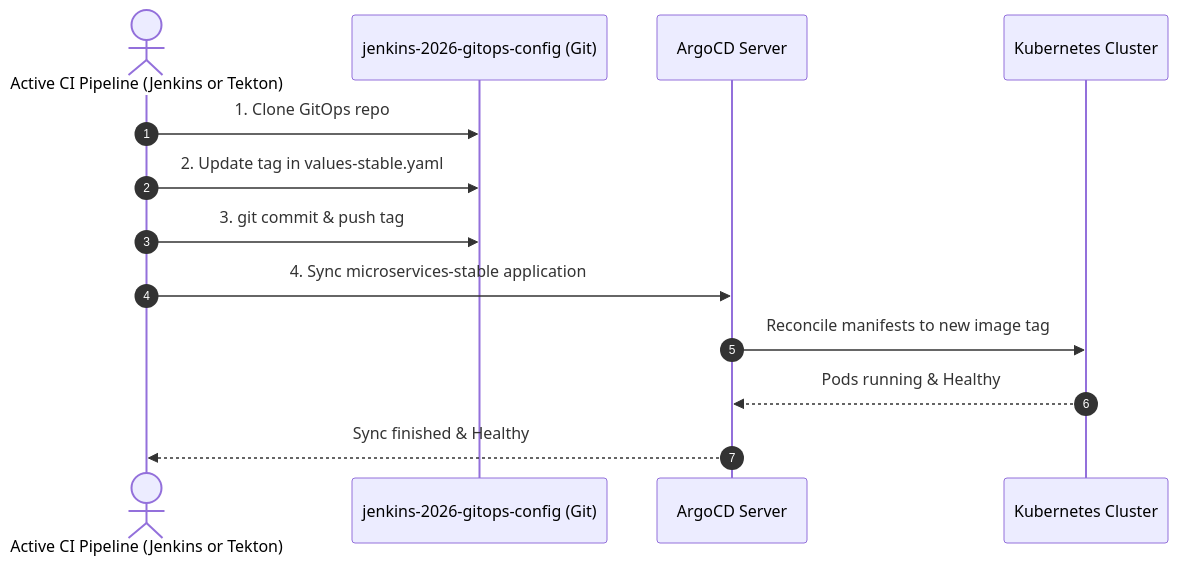
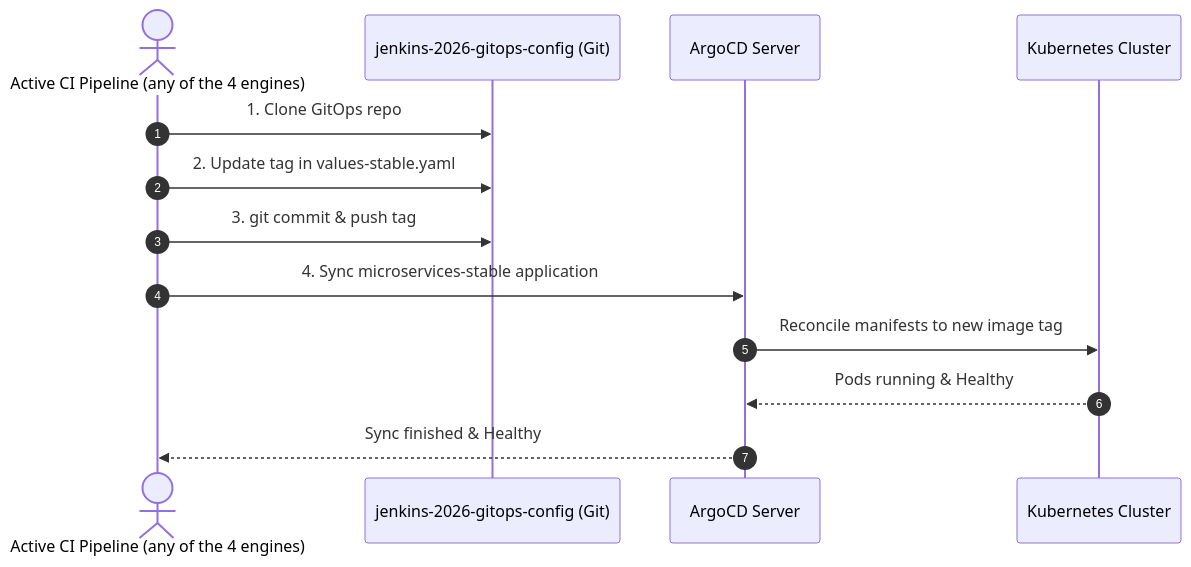
One commit to nubenetes/jenkins-2026-gitops-config changed the diagram in README.md. Above: the diagram before and after it, drawn with Mermaid. The commit also changed other lines of this file and 2 other files, not shown here.

````diff
--- a/README.md
+++ b/README.md
@@ -119,16 +126,16 @@
 ```mermaid
 sequenceDiagram
     autonumber
-    actor Jenkins as Active CI Pipeline (Jenkins or Tekton)
+    actor Jenkins as Active CI Pipeline (any of the 4 engines)
     participant GitOps as jenkins-2026-gitops-config (Git)
     participant ArgoCD as ArgoCD Server
     participant Cluster as Kubernetes Cluster
 
     Jenkins->>GitOps: 1. Clone GitOps repo
     Jenkins->>GitOps: 2. Update tag in values-stable.yaml
     Jenkins->>GitOps: 3. git commit & push tag
     Jenkins->>ArgoCD: 4. Sync microservices-stable application
     ArgoCD->>Cluster: Reconcile manifests to new image tag
     Cluster-->>ArgoCD: Pods running & Healthy
     ArgoCD-->>Jenkins: Sync finished & Healthy
 ```
````
